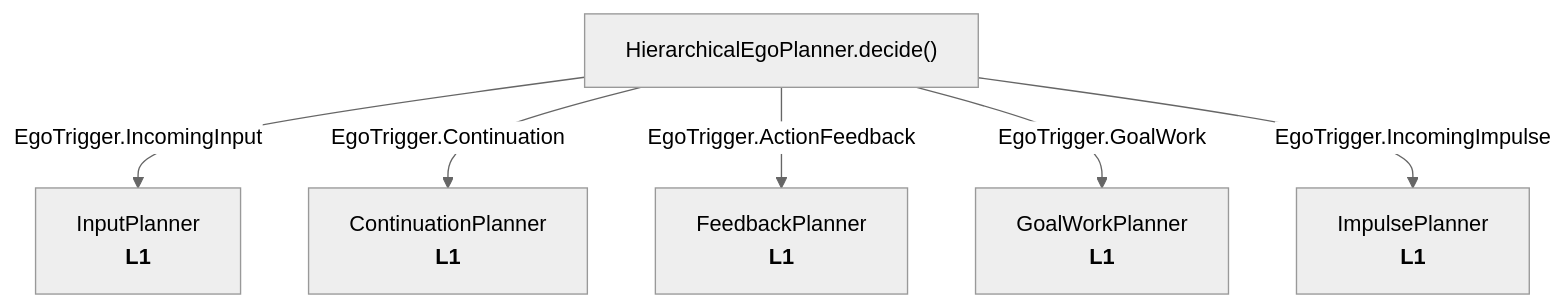
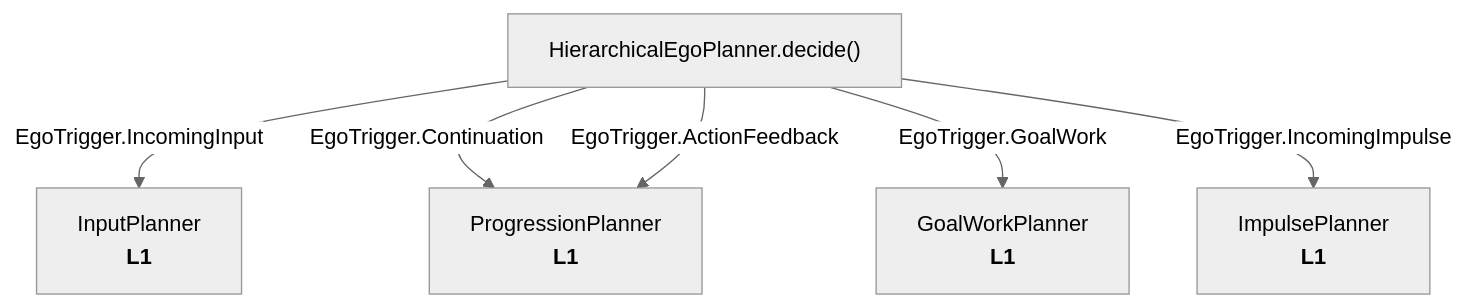
One commit to neopsyke/NeoPsyke changed the second of 5 diagrams in docs/PLANNER_FLOW_DIAGRAM.md. Above: the diagram before and after it, drawn with Mermaid (neutral theme). The commit also changed other lines of this file and 31 other files, not shown here.

First line of the commit message:
refactor(planner): merge ContinuationPlanner+FeedbackPlanner and GoalCreationPlanner+GoalManagementPlanner

````diff
--- a/docs/PLANNER_FLOW_DIAGRAM.md
+++ b/docs/PLANNER_FLOW_DIAGRAM.md
@@ -78,10 +78,10 @@
 ```mermaid
 flowchart TB
     decide["HierarchicalEgoPlanner.decide()"]
 
     decide -->|"EgoTrigger.IncomingInput"| L1_input["InputPlanner<br/><b>L1</b>"]
-    decide -->|"EgoTrigger.Continuation"| L1_deferred["ContinuationPlanner<br/><b>L1</b>"]
-    decide -->|"EgoTrigger.ActionFeedback"| L1_feedback["FeedbackPlanner<br/><b>L1</b>"]
+    decide -->|"EgoTrigger.Continuation"| L1_progression["ProgressionPlanner<br/><b>L1</b>"]
+    decide -->|"EgoTrigger.ActionFeedback"| L1_progression
     decide -->|"EgoTrigger.GoalWork"| L1_goal["GoalWorkPlanner<br/><b>L1</b>"]
     decide -->|"EgoTrigger.IncomingImpulse"| L1_impulse["ImpulsePlanner<br/><b>L1</b>"]
 ```
````
